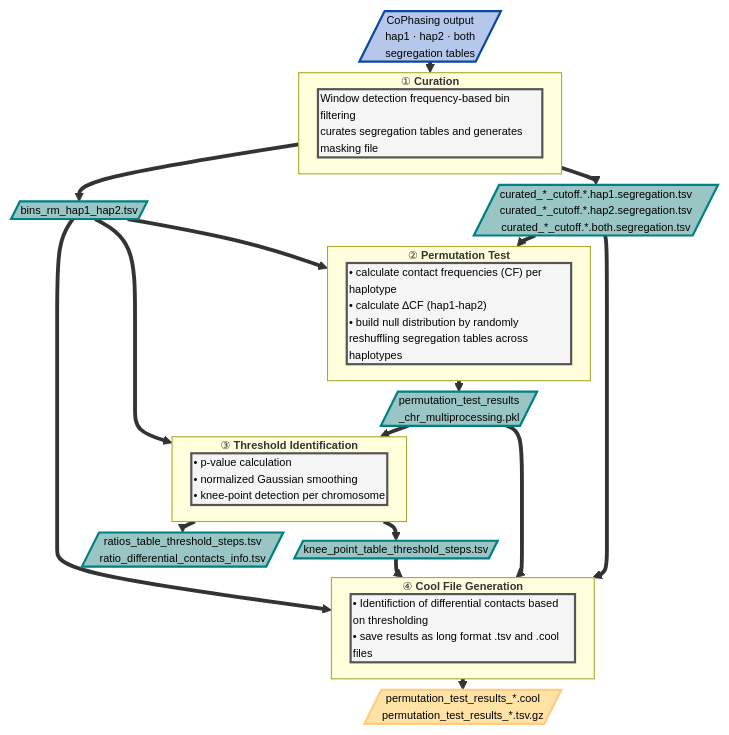
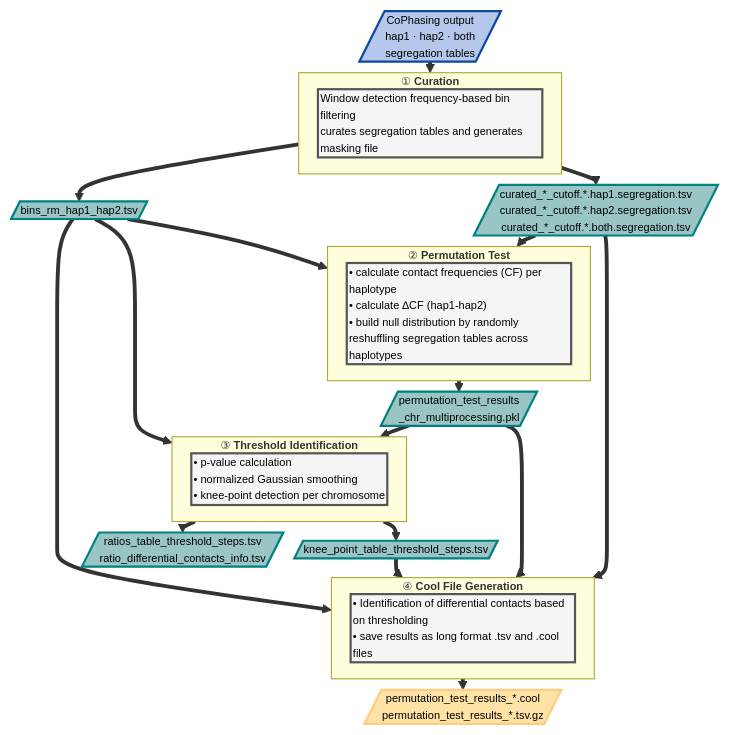
The diagram in README.md (schwarzlab-ccb/cophasing), drawn with Mermaid before and after one commit. The commit also changed other lines of this file, not shown here.

````diff
--- a/README.md
+++ b/README.md
@@ -108,67 +108,67 @@
 ```mermaid
 ---
 config:
   flowchart:
     nodeSpacing: 10
     rankSpacing: 10
     diagramPadding: 1
     padding: 1
   themeVariables:
     fontSize: 10px
 ---
 flowchart TD
     IN[/"CoPhasing output\nhap1 · hap2 · both\nsegregation tables"/]
 
     IN ==> S1
 
     subgraph S1["`① **Curation**`"]
         P1["Window detection frequency-based bin filtering\ncurates segregation tables and generates masking file"]
     end
 
     S1 ==> CUR[/"curated_*_cutoff.*.hap1.segregation.tsv\ncurated_*_cutoff.*.hap2.segregation.tsv\ncurated_*_cutoff.*.both.segregation.tsv"/]
     S1 ==> BINS[/"bins_rm_hap1_hap2.tsv"/]
 
     CUR ==> S2
     BINS ==> S2
 
     subgraph S2["`② **Permutation Test**`"]
         P2["• calculate contact frequencies (CF) per haplotype<br/>• calculate ∆CF (hap1-hap2)<br/>• build null distribution by randomly reshuffling segregation tables across haplotypes"]
     end
 
     S2 ==> PKL[/"permutation_test_results\n_chr_multiprocessing.pkl"/]
 
     PKL ==> S3
     BINS ==> S3
 
     subgraph S3["`③ **Threshold Identification**`"]
         P3["• p-value calculation<br/>• normalized Gaussian smoothing<br/>• knee-point detection per chromosome"]
     end
 
     S3 ==> KNEE[/"knee_point_table_threshold_steps.tsv"/]
     S3 ==> RATIO[/"ratios_table_threshold_steps.tsv\nratio_differential_contacts_info.tsv"/]
 
     CUR ==> S4
     PKL ==> S4
     KNEE ==> S4
     BINS ==> S4
 
     subgraph S4["`④ **Cool File Generation**`"]
-        P4["• Identifiction of differential contacts based on thresholding<br/>• save results as long format .tsv and .cool files"]
+        P4["• Identification of differential contacts based on thresholding<br/>• save results as long format .tsv and .cool files"]
     end
 
     S4 ==> COOL[/"permutation_test_results_*.cool\npermutation_test_results_*.tsv.gz"/]
 
     classDef input fill:#b5c7eb,stroke:#0d47a1,color:#000,stroke-width:2px;
     classDef process fill:#f5f5f5,stroke:#555555,color:#000,stroke-width:2px;
     classDef file fill:#99c5c4,stroke:#008080,color:#000,stroke-width:2px;
     classDef output fill:#ffe2a6,stroke:#ffcc80,color:#000,stroke-width:2px;
 
 
     class IN input;
     class P1,P2,P3,P4 process;
     class CUR,BINS,PKL,KNEE,RATIO file;
     class COOL output;
 
     classDef leftAlign text-align:left;
     class P1,P2,P3,P4 leftAlign;
 ```
````
